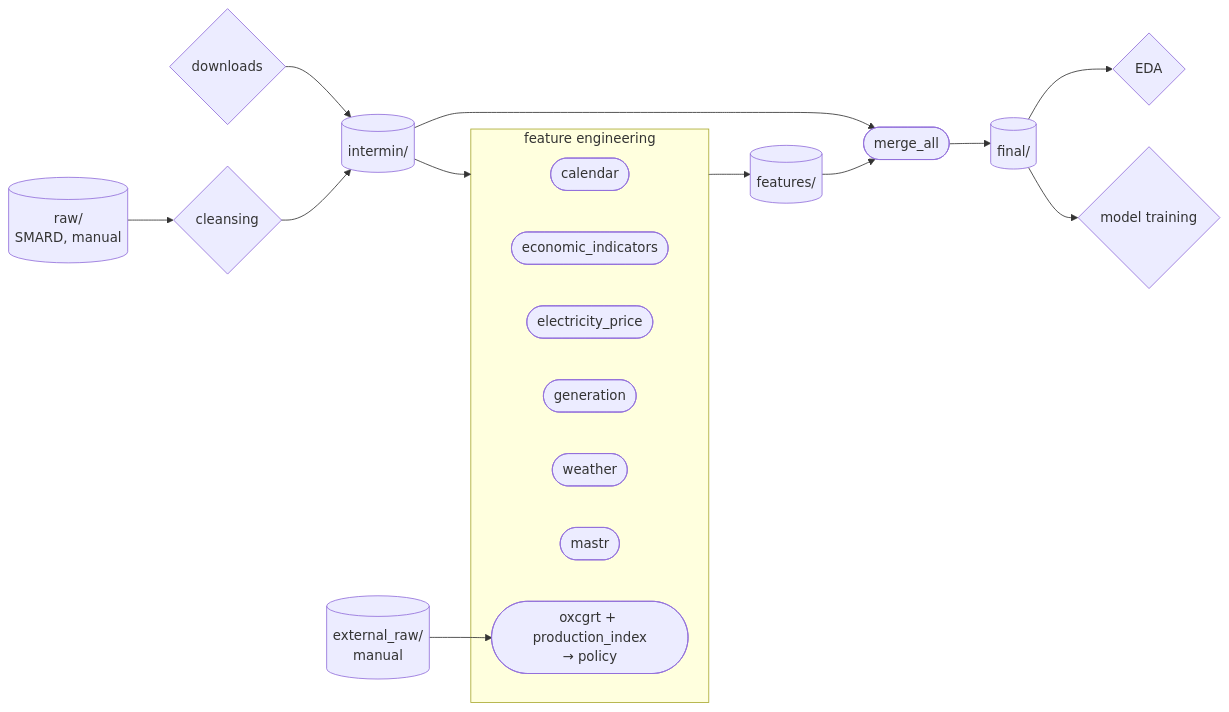
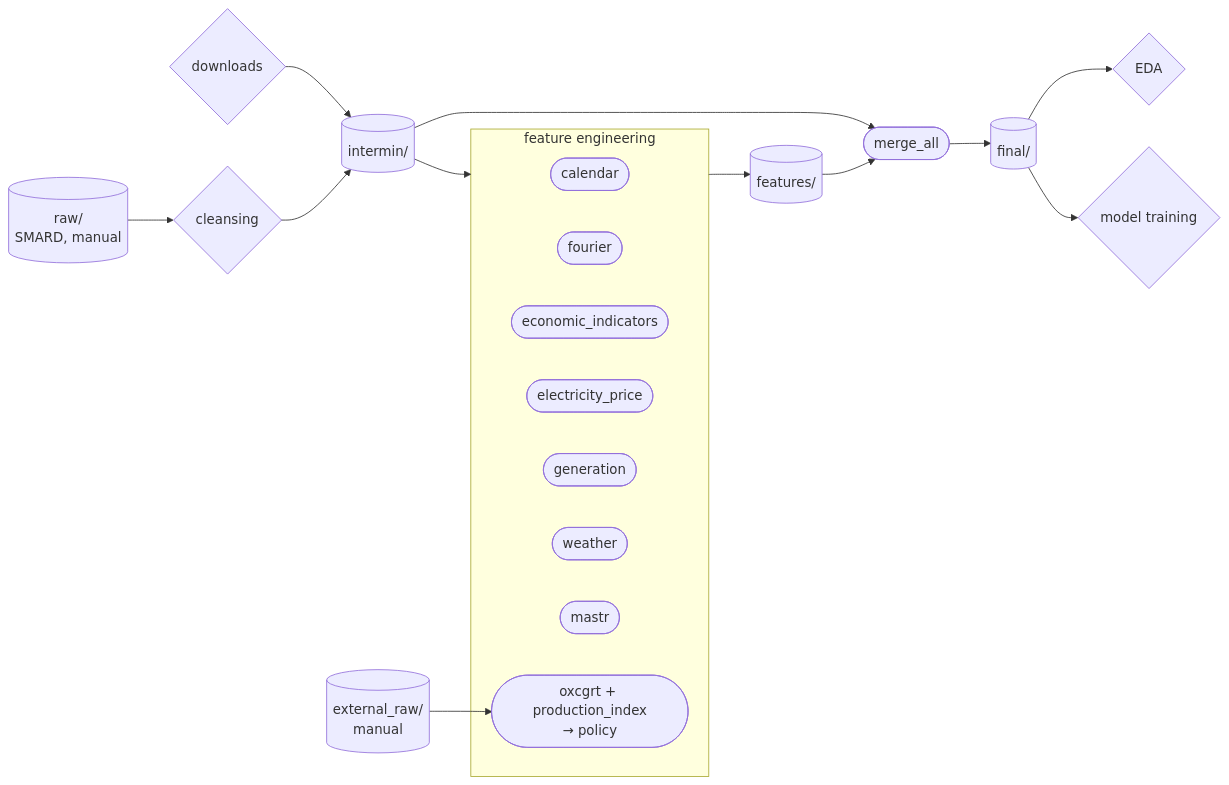
The diagram in docs/FEATURE_ENGINEERING.md (Wh4130/Germany-Electricity-Prediction-AI-DevOps), drawn with Mermaid before and after one commit. The commit also changed other lines of this file and 7 other files, not shown here.

````diff
--- a/docs/FEATURE_ENGINEERING.md
+++ b/docs/FEATURE_ENGINEERING.md
@@ -62,35 +63,36 @@
 ```mermaid
 flowchart LR
     raw[("raw/<br/>SMARD, manual")]
     ext[("external_raw/<br/>manual")]
     inter[("intermin/")]
     feats[("features/")]
     final[("final/")]
 
     download{"downloads"}
     clean{"cleansing"}
     merge(["merge_all"])
     eda{"EDA"}
     model{"model training"}
 
     raw --> clean --> inter
     download --> inter
 
     subgraph FE["feature engineering"]
         cal(["calendar"])
+        fourier(["fourier"])
         eco(["economic_indicators"])
         price(["electricity_price"])
         gen(["generation"])
         weather(["weather"])
         mastr(["mastr"])
         pol(["oxcgrt + production_index<br/>→ policy"])
     end
 
     inter --> FE
     ext --> pol
     FE --> feats --> merge
     inter --> merge
     merge --> final
     final --> eda
     final --> model
 ```
````
